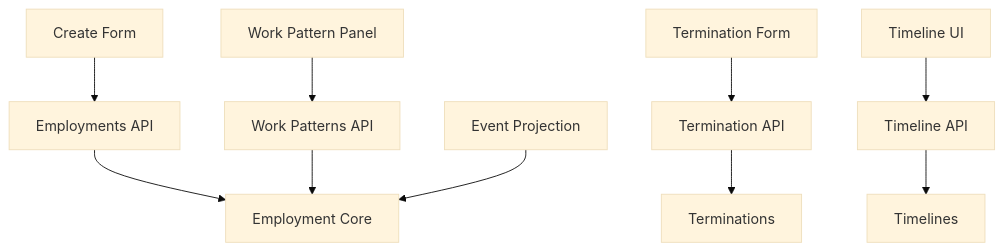
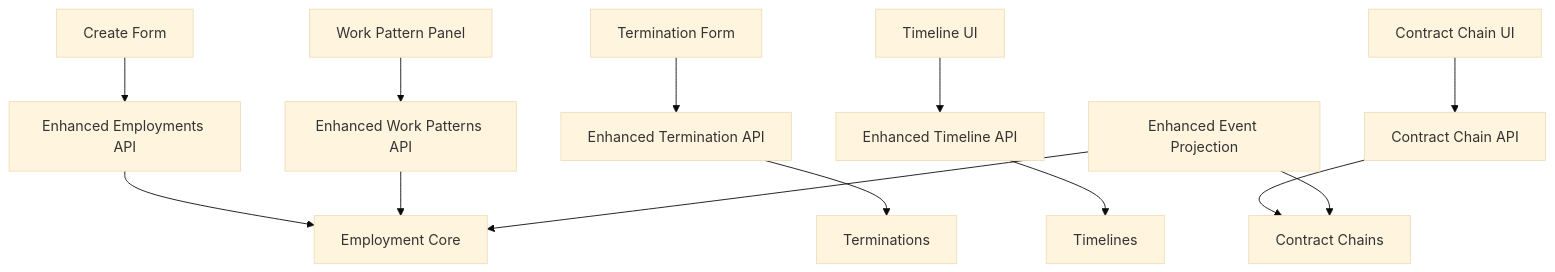
The ninth of 9 diagrams in .qoder/repowiki/en/content/Architecture Overview/Backend Architecture/Business Logic Layer/Core HR Business Logic/Employment Lifecycle Services.md (EdwinCycling/LiquidHR), drawn with Mermaid (base theme) before and after one commit. The commit also changed other lines of this file and 73 other files, not shown here.

````diff
--- a/.qoder/repowiki/en/content/Architecture Overview/Backend Architecture/Business Logic Layer/Core HR Business Logic/Employment Lifecycle Services.md
+++ b/.qoder/repowiki/en/content/Architecture Overview/Backend Architecture/Business Logic Layer/Core HR Business Logic/Employment Lifecycle Services.md
@@ -354,12 +483,15 @@
 ```mermaid
 graph TB
-API_EMP["Employments API"] --> DB_CORE["Employment Core"]
-API_TERM["Termination API"] --> DB_TERM["Terminations"]
-API_TIMELINE["Timeline API"] --> DB_TIMELINE["Timelines"]
-API_WORK["Work Patterns API"] --> DB_CORE
+API_EMP["Enhanced Employments API"] --> DB_CORE["Employment Core"]
+API_TERM["Enhanced Termination API"] --> DB_TERM["Terminations"]
+API_TIMELINE["Enhanced Timeline API"] --> DB_TIMELINE["Timelines"]
+API_WORK["Enhanced Work Patterns API"] --> DB_CORE
+API_CONTRACT["Contract Chain API"] --> DB_CONTRACT["Contract Chains"]
 UI_CREATE["Create Form"] --> API_EMP
 UI_TERM["Termination Form"] --> API_TERM
 UI_TIMELINE["Timeline UI"] --> API_TIMELINE
 UI_WORK["Work Pattern Panel"] --> API_WORK
-EVENTS["Event Projection"] --> DB_CORE
+UI_CONTRACT["Contract Chain UI"] --> API_CONTRACT
+EVENTS["Enhanced Event Projection"] --> DB_CORE
+EVENTS --> DB_CONTRACT
 ```
````
